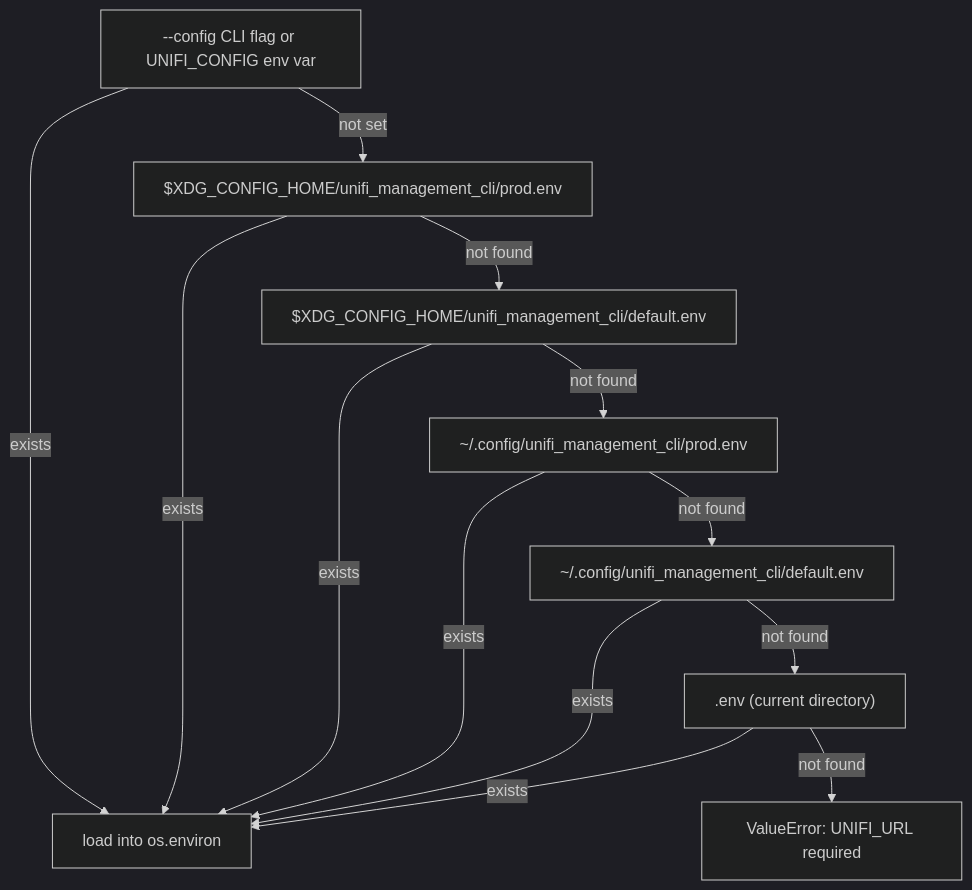
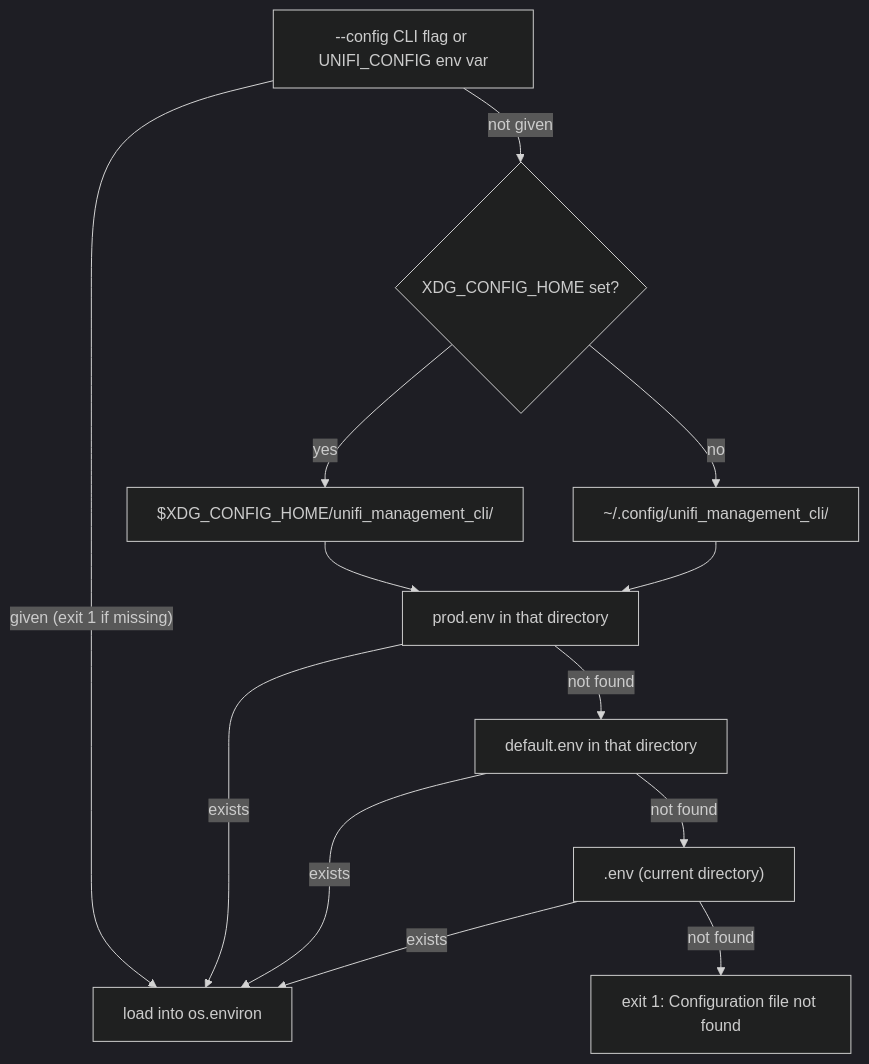
Before and after one commit to NetDevAutomate/unifi_management_cli: diagram 21 of 21 in docs/architecture/architecture-overview.md, drawn with Mermaid (dark theme). The commit also changed other lines of this file and 2 other files, not shown here.

First line of the commit message:
docs(architecture): refresh the C4 and overview docs

````diff
--- a/docs/architecture/architecture-overview.md
+++ b/docs/architecture/architecture-overview.md
@@ -1466,23 +1473,25 @@
 ```mermaid
 flowchart TD
-    ENV_CLI["--config CLI flag or UNIFI_CONFIG env var"]
-    XDG_PROD["$XDG_CONFIG_HOME/unifi_management_cli/prod.env"]
-    XDG_DEF["$XDG_CONFIG_HOME/unifi_management_cli/default.env"]
-    HOME_PROD["~/.config/unifi_management_cli/prod.env"]
-    HOME_DEF["~/.config/unifi_management_cli/default.env"]
-    DOTENV[".env (current directory)"]
-    ERROR["ValueError: UNIFI_URL required"]
+    EnvCli["--config CLI flag or UNIFI_CONFIG env var"]
+    HasXdg{"XDG_CONFIG_HOME set?"}
+    XdgDir["$XDG_CONFIG_HOME/unifi_management_cli/"]
+    HomeDir["~/.config/unifi_management_cli/"]
+    Prod["prod.env in that directory"]
+    Def["default.env in that directory"]
+    DotEnv[".env (current directory)"]
+    Missing["exit 1: Configuration file not found"]
+    Load["load into os.environ"]
 
-    ENV_CLI -->|"exists"| LOAD["load into os.environ"]
-    ENV_CLI -->|"not set"| XDG_PROD
-    XDG_PROD -->|"exists"| LOAD
-    XDG_PROD -->|"not found"| XDG_DEF
-    XDG_DEF -->|"exists"| LOAD
-    XDG_DEF -->|"not found"| HOME_PROD
-    HOME_PROD -->|"exists"| LOAD
-    HOME_PROD -->|"not found"| HOME_DEF
-    HOME_DEF -->|"exists"| LOAD
-    HOME_DEF -->|"not found"| DOTENV
-    DOTENV -->|"exists"| LOAD
-    DOTENV -->|"not found"| ERROR
+    EnvCli -->|"given (exit 1 if missing)"| Load
+    EnvCli -->|"not given"| HasXdg
+    HasXdg -->|"yes"| XdgDir
+    HasXdg -->|"no"| HomeDir
+    XdgDir --> Prod
+    HomeDir --> Prod
+    Prod -->|"exists"| Load
+    Prod -->|"not found"| Def
+    Def -->|"exists"| Load
+    Def -->|"not found"| DotEnv
+    DotEnv -->|"exists"| Load
+    DotEnv -->|"not found"| Missing
 ```
````
